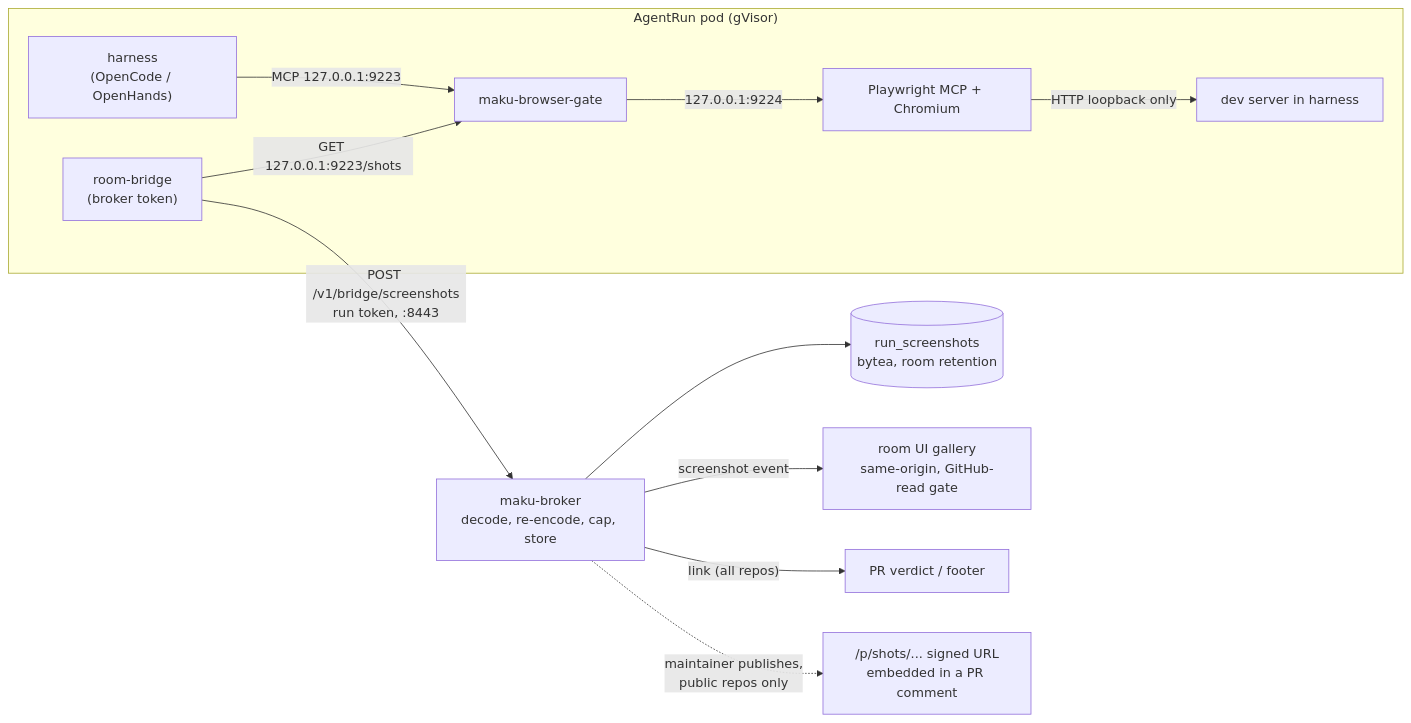
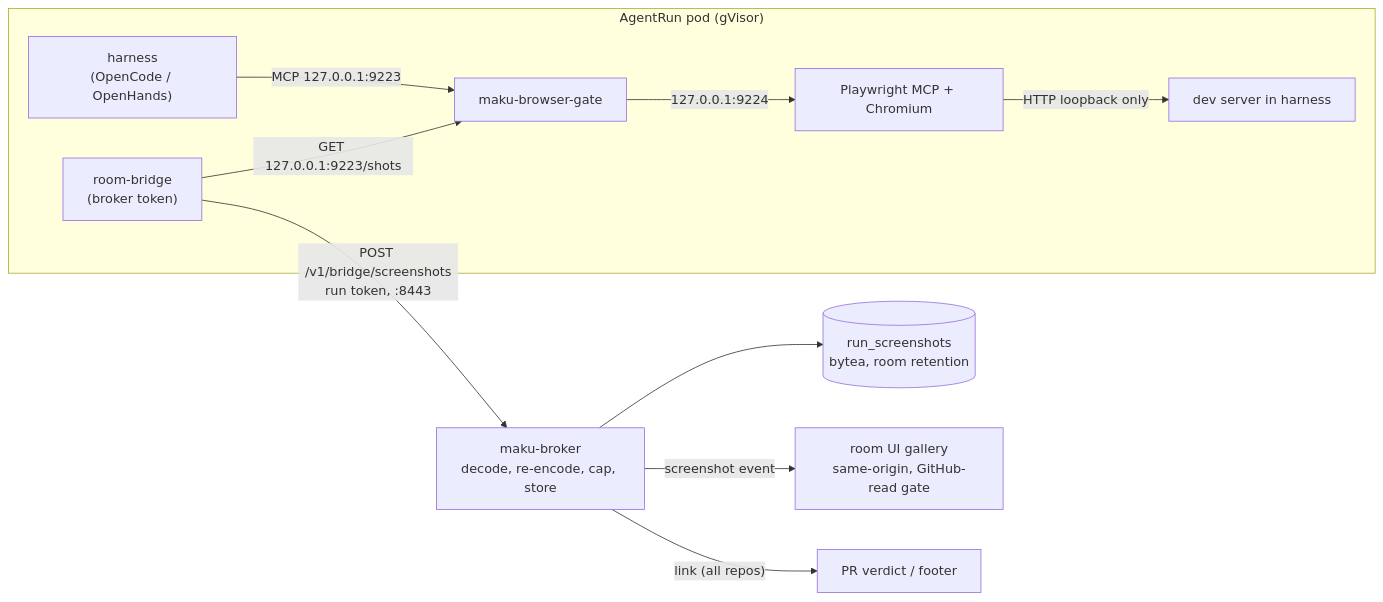
The diagram in docs/superpowers/plans/2026-11-26-harness-screenshots-plan.md (Smana/maku), drawn with Mermaid before and after one commit. The commit also changed other lines of this file, not shown here.

````diff
--- a/docs/superpowers/plans/2026-11-26-harness-screenshots-plan.md
+++ b/docs/superpowers/plans/2026-11-26-harness-screenshots-plan.md
@@ -9,14 +9,13 @@
 ```mermaid
 flowchart LR
   subgraph pod["AgentRun pod (gVisor)"]
     H["harness<br/>(OpenCode / OpenHands)"] -->|"MCP 127.0.0.1:9223"| G["maku-browser-gate"]
     G -->|"127.0.0.1:9224"| P["Playwright MCP + Chromium"]
     P -->|"HTTP loopback only"| D["dev server in harness"]
     B["room-bridge<br/>(broker token)"] -->|"GET 127.0.0.1:9223/shots"| G
   end
   B -->|"POST /v1/bridge/screenshots<br/>run token, :8443"| BR["maku-broker<br/>decode, re-encode, cap, store"]
   BR --> DB[("run_screenshots<br/>bytea, room retention")]
   BR -->|"screenshot event"| UI["room UI gallery<br/>same-origin, GitHub-read gate"]
   BR -->|"link (all repos)"| GH["PR verdict / footer"]
-  BR -.->|"maintainer publishes,<br/>public repos only"| PUB["/p/shots/... signed URL<br/>embedded in a PR comment"]
 ```
````
